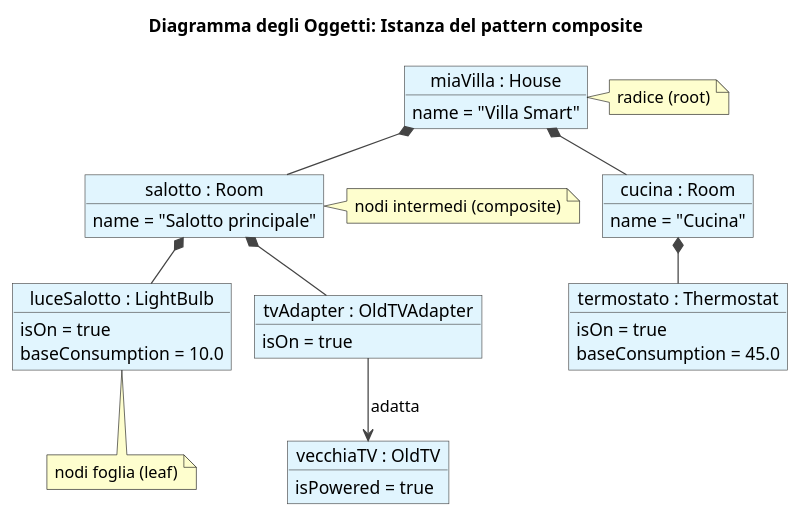
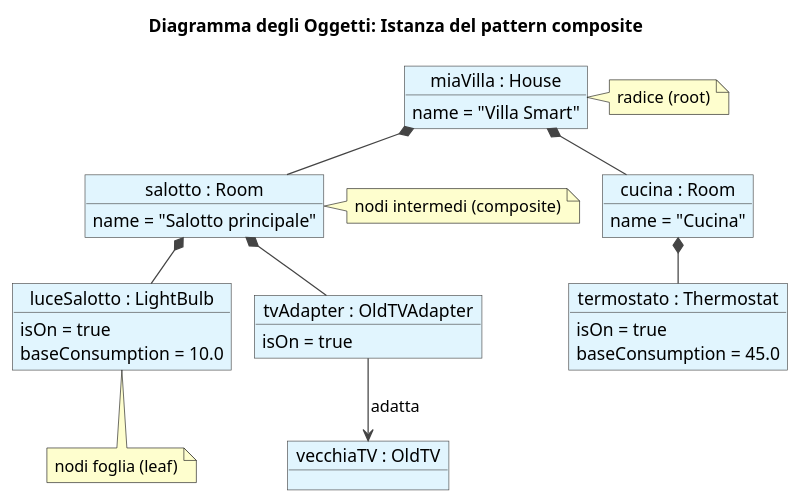
One commit to AndreaDiPietro0/SmartHomeSWE changed the diagram in uml/object_observer.puml. Above: the diagram before and after it, drawn with PlantUML. The commit also changed 1 other file, not shown here.

```diff
--- a/uml/object_observer.puml
+++ b/uml/object_observer.puml
@@ -1,56 +1,55 @@
 @startuml
 title Diagramma degli Oggetti: Istanza del pattern composite
 !pragma layout smetana
 
 skinparam object {
     BackgroundColor #E1F5FE
     BorderColor #444444
     ArrowColor #444444
 }
 skinparam NoteBackgroundColor #FEFECE
 
 object "miaVilla : House" as House {
     name = "Villa Smart"
 }
 
 object "salotto : Room" as Salotto {
     name = "Salotto principale"
 }
 
 object "cucina : Room" as Cucina {
     name = "Cucina"
 }
 
 object "luceSalotto : LightBulb" as Luce {
     isOn = true
     baseConsumption = 10.0
 }
 
 object "tvAdapter : OldTVAdapter" as Adapter {
     isOn = true
 }
 
 object "vecchiaTV : OldTV" as OldTV {
-    isPowered = true
 }
 
 object "termostato : Thermostat" as Termostato {
     isOn = true
     baseConsumption = 45.0
 }
 
 ' rel copmosite
 House *-- Salotto
 House *-- Cucina
 
 Salotto *-- Luce
 Salotto *-- Adapter
 Cucina *-- Termostato
 
 ' rel adapter
 Adapter --> OldTV : adatta
 
 note right of House: radice (root)
 note right of Salotto: nodi intermedi (composite)
 note bottom of Luce: nodi foglia (leaf)
 @enduml
```
